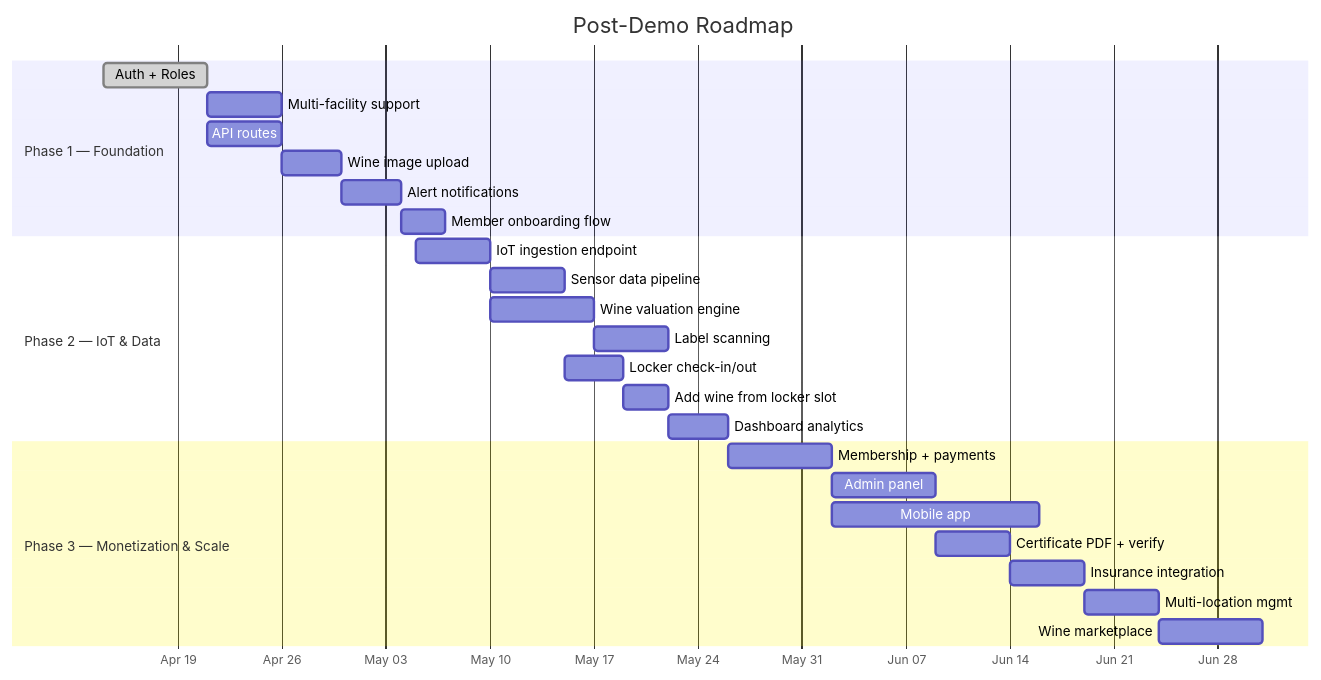
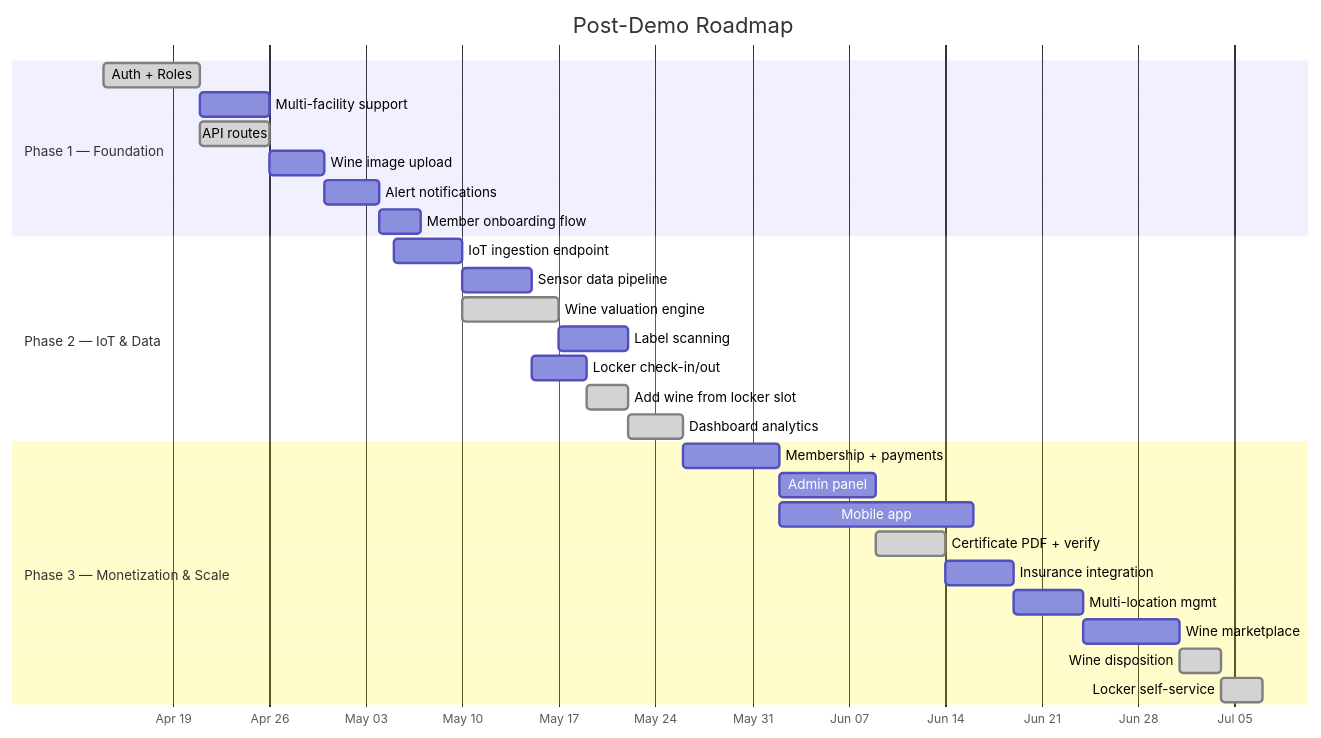
One commit to nathanielsohn/caveau-app changed the diagram in SPEC.md. Above: the diagram before and after it, drawn with Mermaid. The commit also changed other lines of this file and 1 other file, not shown here.

First line of the commit message:
docs: retire build pipeline, make SPEC.md the roadmap source of truth

````diff
--- a/SPEC.md
+++ b/SPEC.md
@@ -401,32 +401,34 @@
 ```mermaid
 gantt
     title Post-Demo Roadmap
     dateFormat YYYY-MM-DD
     axisFormat %b %d
 
     section Phase 1 — Foundation
     Auth + Roles              :done, p1a, 2026-04-14, 7d
     Multi-facility support    :p1b, after p1a, 5d
-    API routes                :p1c, after p1a, 5d
+    API routes                :done, p1c, after p1a, 5d
     Wine image upload         :p1d, after p1c, 4d
     Alert notifications       :p1e, after p1d, 4d
     Member onboarding flow    :p1f, after p1e, 3d
 
     section Phase 2 — IoT & Data
     IoT ingestion endpoint    :p2a, 2026-05-05, 5d
     Sensor data pipeline      :p2b, after p2a, 5d
-    Wine valuation engine     :p2c, after p2a, 7d
+    Wine valuation engine     :done, p2c, after p2a, 7d
     Label scanning            :p2d, after p2c, 5d
     Locker check-in/out       :p2e, after p2b, 4d
-    Add wine from locker slot :p2g, after p2e, 3d
-    Dashboard analytics       :p2f, after p2g, 4d
+    Add wine from locker slot :done, p2g, after p2e, 3d
+    Dashboard analytics       :done, p2f, after p2g, 4d
 
     section Phase 3 — Monetization & Scale
     Membership + payments     :p3a, 2026-05-26, 7d
     Admin panel               :p3b, after p3a, 7d
     Mobile app                :p3c, after p3a, 14d
-    Certificate PDF + verify  :p3d, after p3b, 5d
+    Certificate PDF + verify  :done, p3d, after p3b, 5d
     Insurance integration     :p3e, after p3d, 5d
     Multi-location mgmt       :p3f, after p3e, 5d
     Wine marketplace          :p3g, after p3f, 7d
+    Wine disposition          :done, p3h, after p3g, 3d
+    Locker self-service       :done, p3i, after p3h, 3d
 ```
````
